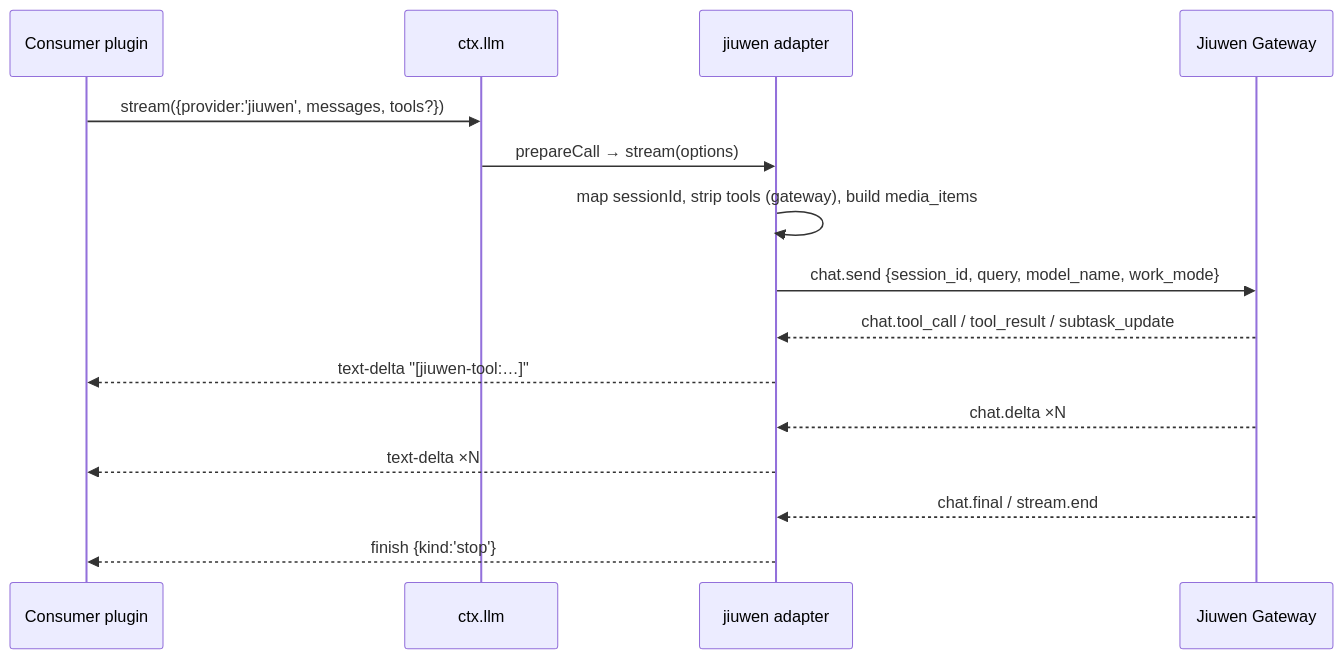
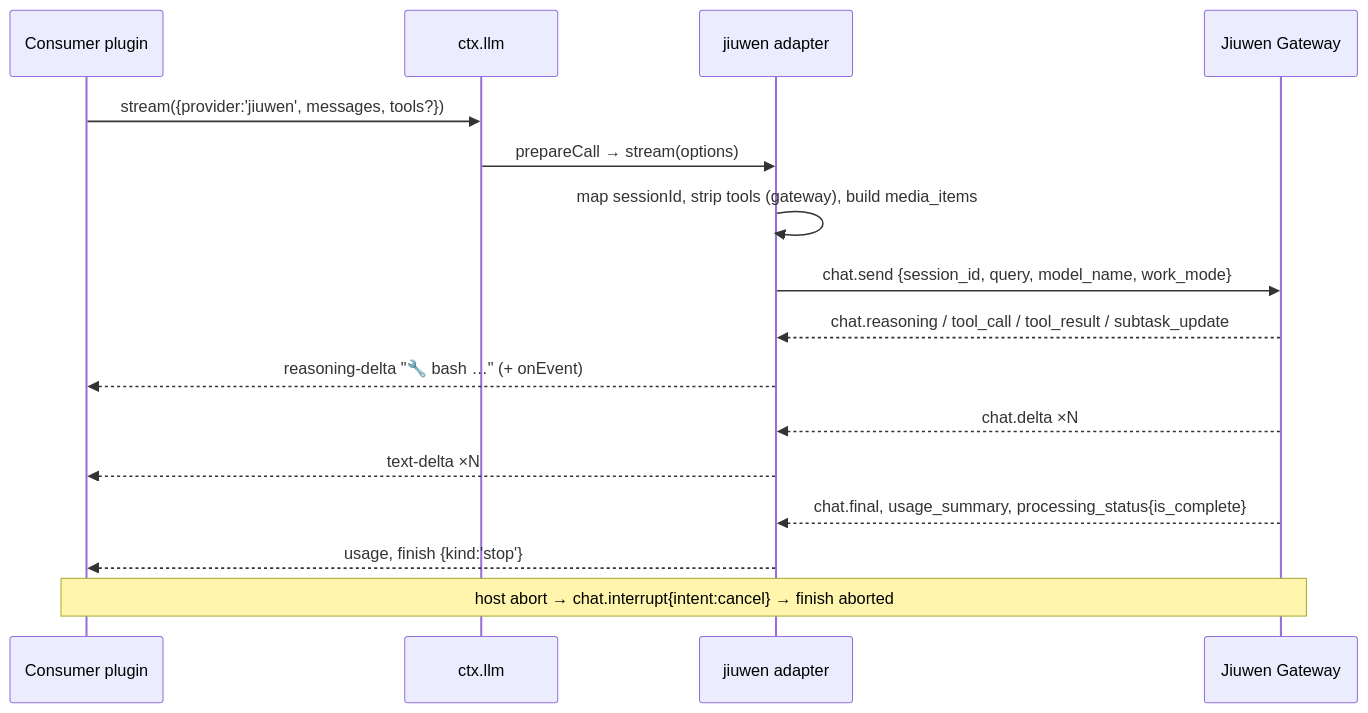
Before and after one commit to Birfy/dsh-jiuwen-adapter: the second of 2 diagrams in ARCHITECTURE.md, drawn with Mermaid. The commit also changed other lines of this file and 22 other files, not shown here.

````diff
--- a/ARCHITECTURE.md
+++ b/ARCHITECTURE.md
@@ -36,17 +36,18 @@
 ```mermaid
 sequenceDiagram
   participant P as Consumer plugin
   participant L as ctx.llm
   participant A as jiuwen adapter
   participant G as Jiuwen Gateway
   P->>L: stream({provider:'jiuwen', messages, tools?})
   L->>A: prepareCall → stream(options)
   A->>A: map sessionId, strip tools (gateway), build media_items
   A->>G: chat.send {session_id, query, model_name, work_mode}
-  G-->>A: chat.tool_call / tool_result / subtask_update
-  A-->>P: text-delta "[jiuwen-tool:…]"
+  G-->>A: chat.reasoning / tool_call / tool_result / subtask_update
+  A-->>P: reasoning-delta "🔧 bash …" (+ onEvent)
   G-->>A: chat.delta ×N
   A-->>P: text-delta ×N
-  G-->>A: chat.final / stream.end
-  A-->>P: finish {kind:'stop'}
+  G-->>A: chat.final, usage_summary, processing_status{is_complete}
+  A-->>P: usage, finish {kind:'stop'}
+  Note over P,G: host abort → chat.interrupt{intent:cancel} → finish aborted
 ```
````
